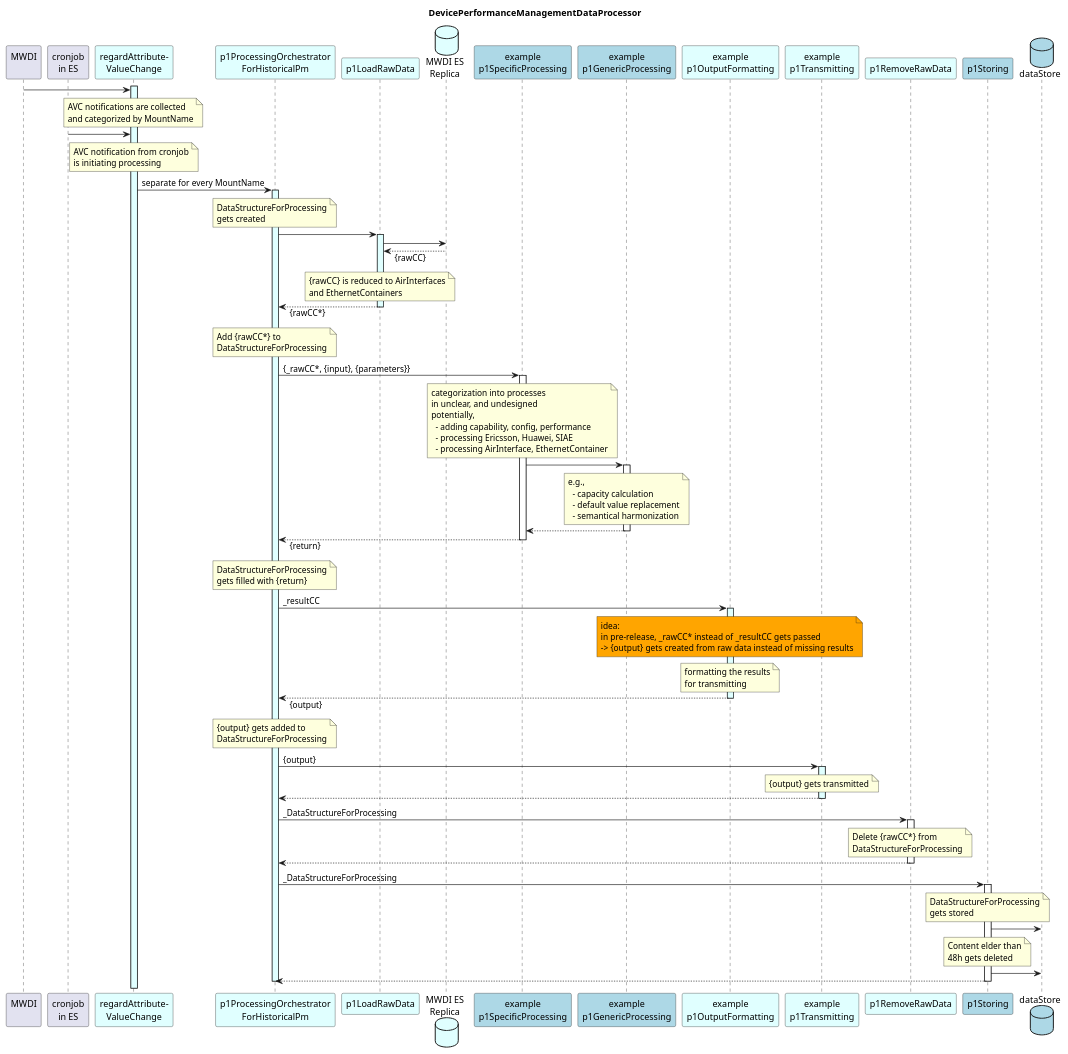
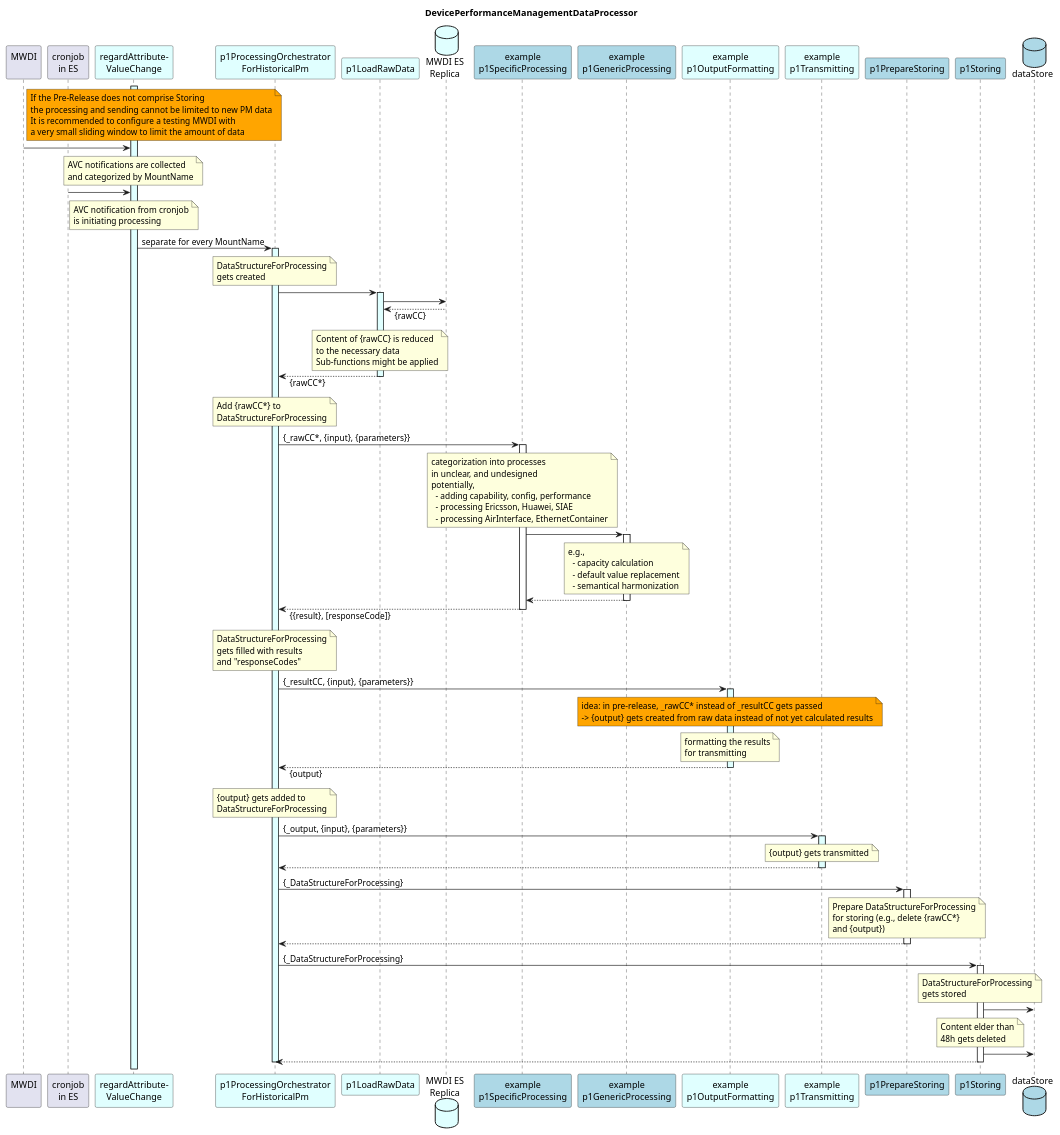
Before and after one commit to openBackhaul/DevicePerformanceManagementDataProcessor: the diagram in spec/diagrams/highlevelOverview/00_hl_overview.plantuml, drawn with PlantUML. The commit also changed 2 other files, not shown here.

```diff
--- a/spec/diagrams/highlevelOverview/00_hl_overview.plantuml
+++ b/spec/diagrams/highlevelOverview/00_hl_overview.plantuml
@@ -1,167 +1,175 @@
 @startuml 00_hl_overview
 skinparam responseMessageBelowArrow true
 
 title
   DevicePerformanceManagementDataProcessor
 end title
 
 participant "MWDI\n" as mwdi
 participant "cronjob\nin ES" as cjes
 participant "regardAttribute-\nValueChange" as rAVC #LightCyan
 
 participant "p1ProcessingOrchestrator\nForHistoricalPm" as p1ProOrch #LightCyan
 
 participant "p1LoadRawData" as p1AddRaw #LightCyan
 database  "MWDI ES\nReplica" as MwdiEs #LightCyan
 
 participant "example\np1SpecificProcessing" as p1Specific #LightBlue
 participant "example\np1GenericProcessing" as p1Generic #LightBlue
 
 participant "example\np1OutputFormatting" as p1Output #LightCyan
 participant "example\np1Transmitting" as p1Trans #LightCyan
 
-participant "p1RemoveRawData" as p1DelRaw #LightCyan
+participant "p1PrepareStoring" as p1PrepStore #LightBlue
 
 participant "p1Storing" as p1Store #LightBlue
 database "dataStore" as db #LightBlue
 
+note right mwdi #Orange
+  If the Pre-Release does not comprise Storing
+  the processing and sending cannot be limited to new PM data
+  It is recommended to configure a testing MWDI with
+  a very small sliding window to limit the amount of data  
+end note
 
 activate rAVC #LightCyan
 
 mwdi -> rAVC
 note over rAVC
   AVC notifications are collected
   and categorized by MountName
 end note
 
 cjes -> rAVC
 note over rAVC
   AVC notification from cronjob
   is initiating processing
 end note
 
 rAVC -> p1ProOrch : separate for every MountName
 activate p1ProOrch #LightCyan
 
   note over p1ProOrch
     DataStructureForProcessing
     gets created
   end note
 
   p1ProOrch -> p1AddRaw
   activate p1AddRaw #LightCyan
 
     p1AddRaw -> MwdiEs
     p1AddRaw <-- MwdiEs : {rawCC}
     note over p1AddRaw
-      {rawCC} is reduced to AirInterfaces
-      and EthernetContainers
+      Content of {rawCC} is reduced 
+      to the necessary data
+      Sub-functions might be applied
     end note
 
   p1ProOrch <-- p1AddRaw : {rawCC*}
   deactivate p1AddRaw
 
   note over p1ProOrch
     Add {rawCC*} to
     DataStructureForProcessing
   end note
 
   p1ProOrch -> p1Specific : {_rawCC*, {input}, {parameters}}
   activate p1Specific
 
     note over p1Specific
       categorization into processes 
       in unclear, and undesigned
       potentially, 
         - adding capability, config, performance
         - processing Ericsson, Huawei, SIAE
         - processing AirInterface, EthernetContainer
     end note
 
     p1Specific -> p1Generic
     activate p1Generic
   
       note over p1Generic
         e.g., 
           - capacity calculation
           - default value replacement
           - semantical harmonization
       end note
 
     p1Specific <-- p1Generic
     deactivate p1Generic
     
-  p1ProOrch <-- p1Specific : {return}
+  p1ProOrch <-- p1Specific : {{result}, [responseCode]}
   deactivate p1Specific
 
   note over p1ProOrch
     DataStructureForProcessing
-    gets filled with {return}
+    gets filled with results
+    and "responseCodes"
   end note
 
-  p1ProOrch -> p1Output : _resultCC
+  p1ProOrch -> p1Output : {_resultCC, {input}, {parameters}}
   activate p1Output #LightCyan
 
     note over p1Output #Orange
-      idea:
-      in pre-release, _rawCC* instead of _resultCC gets passed
-      -> {output} gets created from raw data instead of missing results
+      idea: in pre-release, _rawCC* instead of _resultCC gets passed
+      -> {output} gets created from raw data instead of not yet calculated results
     end note
 
     note over p1Output
       formatting the results
       for transmitting
     end note
 
   p1ProOrch <-- p1Output : {output}
   deactivate p1Output
 
   note over p1ProOrch
     {output} gets added to
     DataStructureForProcessing
   end note
 
-  p1ProOrch -> p1Trans : {output}
+  p1ProOrch -> p1Trans : {_output, {input}, {parameters}}
   activate p1Trans #LightCyan
 
     note over p1Trans
       {output} gets transmitted
     end note
 
   p1ProOrch <-- p1Trans
   deactivate p1Trans
 
-  p1ProOrch -> p1DelRaw : _DataStructureForProcessing
-  activate p1DelRaw
+  p1ProOrch -> p1PrepStore : {_DataStructureForProcessing}
+  activate p1PrepStore
 
-    note over p1DelRaw
-      Delete {rawCC*} from
-      DataStructureForProcessing
+    note over p1PrepStore
+      Prepare DataStructureForProcessing
+      for storing (e.g., delete {rawCC*}
+      and {output})
     end note
 
-  p1ProOrch <-- p1DelRaw
-  deactivate p1DelRaw
+  p1ProOrch <-- p1PrepStore
+  deactivate p1PrepStore
 
-  p1ProOrch -> p1Store : _DataStructureForProcessing
+  p1ProOrch -> p1Store : {_DataStructureForProcessing}
   activate p1Store
 
     note over p1Store
       DataStructureForProcessing
       gets stored
     end note
 
     p1Store -> db
 
     note over p1Store
       Content elder than
       48h gets deleted
     end note
 
     p1Store -> db
 
   p1ProOrch <-- p1Store
   deactivate p1Store
 
 deactivate p1ProOrch
 
 @enduml
```
